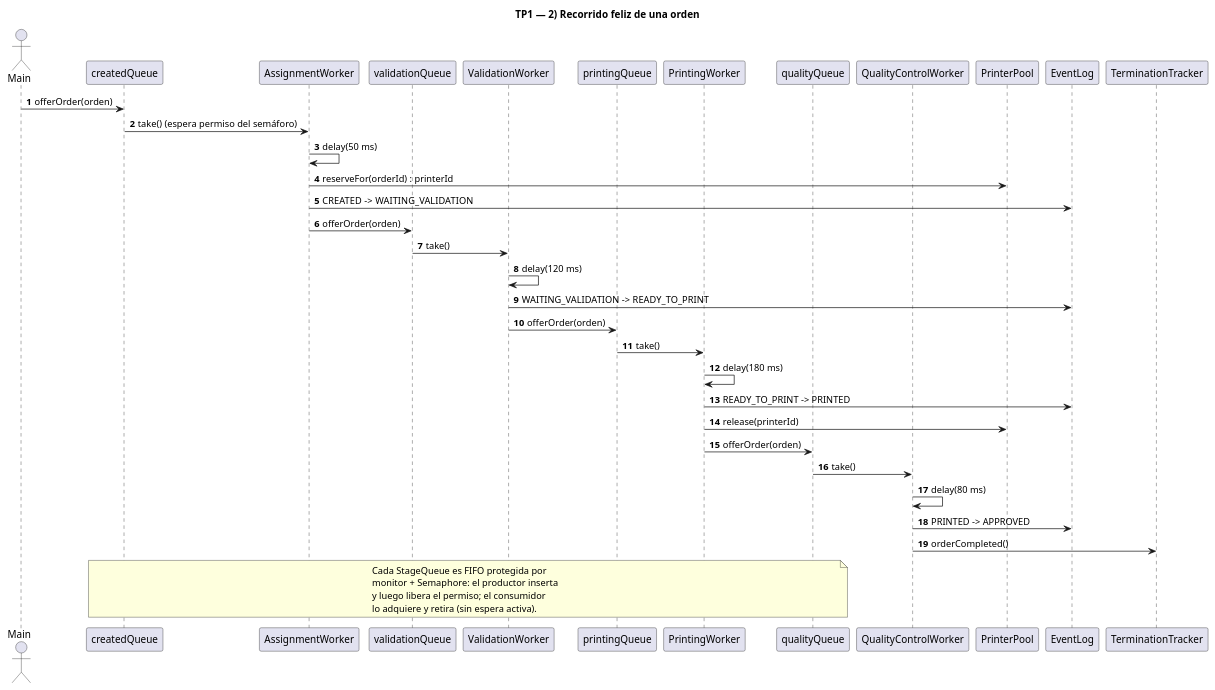
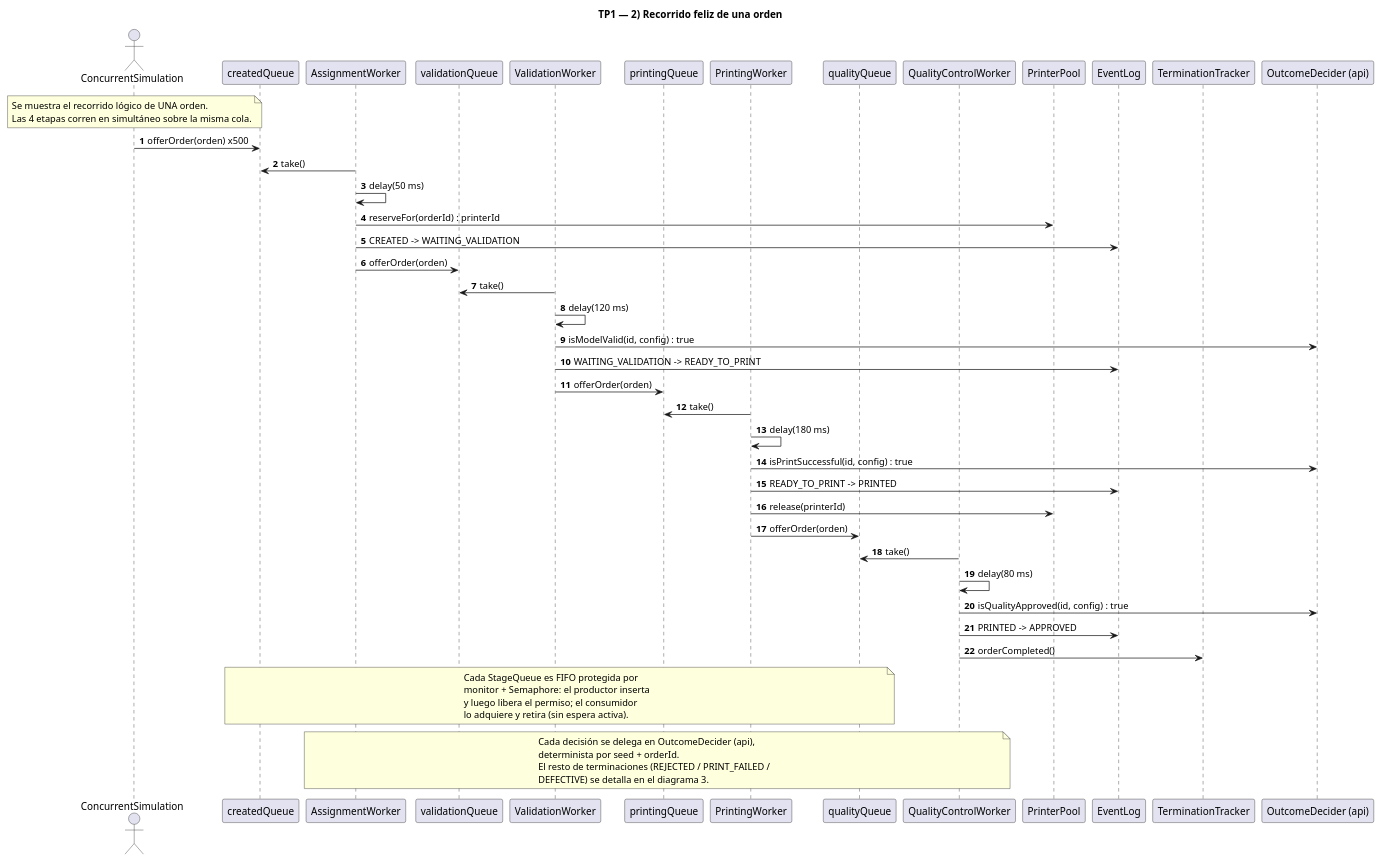
Before and after one commit to ValentinoZucchellaPaz/tp1-pcyp-2026: the diagram in docs/diagramasSimples/diagrama-secuencia-2-recorrido.puml, drawn with PlantUML. The commit also changed 5 other files, not shown here.

Commit message:
docs: refinar diagramas de secuencia 2-4 (OutcomeDecider, DEFECTIVE, terminacion)

```diff
--- a/docs/diagramasSimples/diagrama-secuencia-2-recorrido.puml
+++ b/docs/diagramasSimples/diagrama-secuencia-2-recorrido.puml
@@ -1,48 +1,64 @@
 @startuml diagrama-secuencia-2-recorrido
 title TP1 — 2) Recorrido feliz de una orden
 autonumber
 
-actor Main
+actor ConcurrentSimulation as CS
 participant "createdQueue" as CQ
 participant "AssignmentWorker" as AW
 participant "validationQueue" as VQ
 participant "ValidationWorker" as VW
 participant "printingQueue" as PQ
 participant "PrintingWorker" as PW
 participant "qualityQueue" as QQ
 participant "QualityControlWorker" as QW
 participant "PrinterPool" as PP
 participant "EventLog" as EL
 participant "TerminationTracker" as TT
+participant "OutcomeDecider (api)" as OD
 
-Main -> CQ : offerOrder(orden)
-CQ -> AW : take() (espera permiso del semáforo)
+note over CS
+  Se muestra el recorrido lógico de UNA orden.
+  Las 4 etapas corren en simultáneo sobre la misma cola.
+end note
+
+CS -> CQ : offerOrder(orden) x500
+AW -> CQ : take()
 AW -> AW : delay(50 ms)
 AW -> PP : reserveFor(orderId) : printerId
 AW -> EL : CREATED -> WAITING_VALIDATION
 AW -> VQ : offerOrder(orden)
 
-VQ -> VW : take()
+VW -> VQ : take()
 VW -> VW : delay(120 ms)
+VW -> OD : isModelValid(id, config) : true
 VW -> EL : WAITING_VALIDATION -> READY_TO_PRINT
 VW -> PQ : offerOrder(orden)
 
-PQ -> PW : take()
+PW -> PQ : take()
 PW -> PW : delay(180 ms)
+PW -> OD : isPrintSuccessful(id, config) : true
 PW -> EL : READY_TO_PRINT -> PRINTED
 PW -> PP : release(printerId)
 PW -> QQ : offerOrder(orden)
 
-QQ -> QW : take()
+QW -> QQ : take()
 QW -> QW : delay(80 ms)
+QW -> OD : isQualityApproved(id, config) : true
 QW -> EL : PRINTED -> APPROVED
 QW -> TT : orderCompleted()
 
 note over CQ, QQ
   Cada StageQueue es FIFO protegida por
   monitor + Semaphore: el productor inserta
   y luego libera el permiso; el consumidor
   lo adquiere y retira (sin espera activa).
 end note
 
+note over AW, QW
+  Cada decisión se delega en OutcomeDecider (api),
+  determinista por seed + orderId.
+  El resto de terminaciones (REJECTED / PRINT_FAILED /
+  DEFECTIVE) se detalla en el diagrama 3.
+end note
+
 @enduml
```
